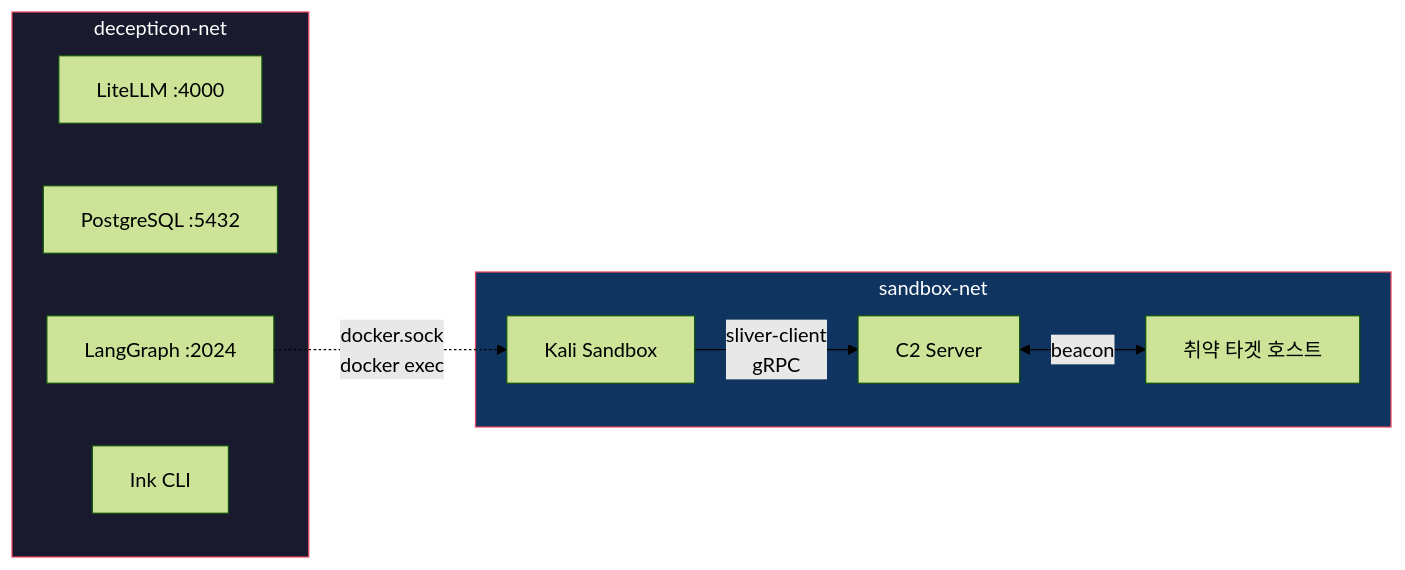
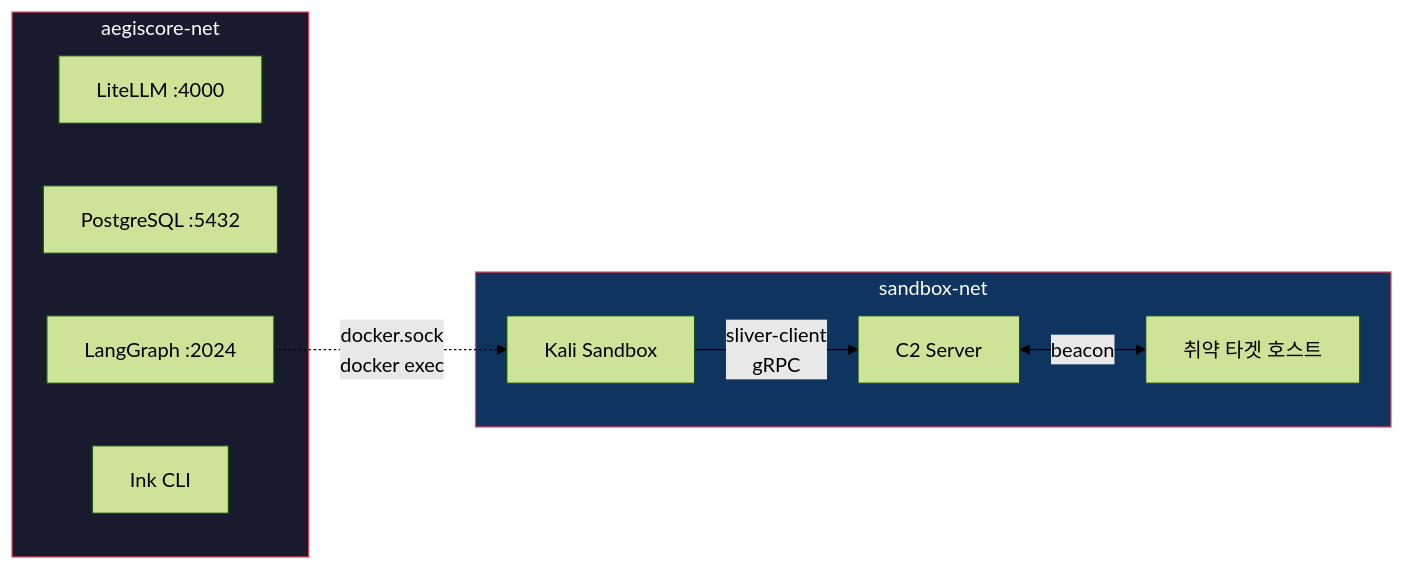
One commit to karishmaram-tech/AegisCore changed the third of 12 diagrams in docs/architecture/red-team-infrastructure.md. Above: the diagram before and after it, drawn with Mermaid (forest theme). The commit also changed other lines of this file and 236 other files, not shown here.

````diff
--- a/docs/architecture/red-team-infrastructure.md
+++ b/docs/architecture/red-team-infrastructure.md
@@ -147,22 +147,22 @@
 ```mermaid
 graph LR
-    subgraph decepticon-net
+    subgraph aegiscore-net
         A[LiteLLM :4000]
         B[PostgreSQL :5432]
         C[LangGraph :2024]
         D[Ink CLI]
     end
 
     subgraph sandbox-net
         E[Kali Sandbox]
         F[C2 Server]
         T[취약 타겟 호스트]
     end
 
     C -.->|docker.sock<br/>docker exec| E
     E -->|sliver-client<br/>gRPC| F
     F <-->|beacon| T
 
-    style decepticon-net fill:#1a1a2e,stroke:#e94560,color:#fff
+    style aegiscore-net fill:#1a1a2e,stroke:#e94560,color:#fff
     style sandbox-net fill:#0f3460,stroke:#e94560,color:#fff
 ```
````
